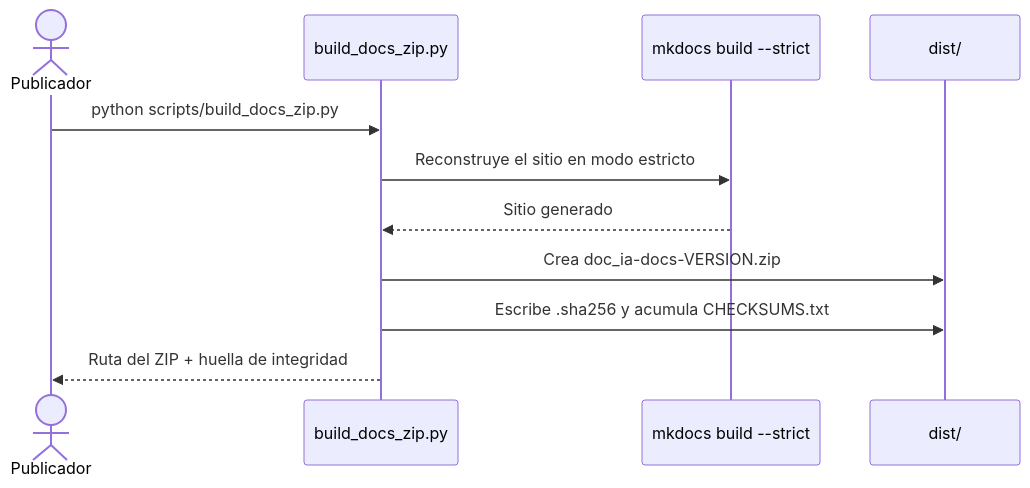
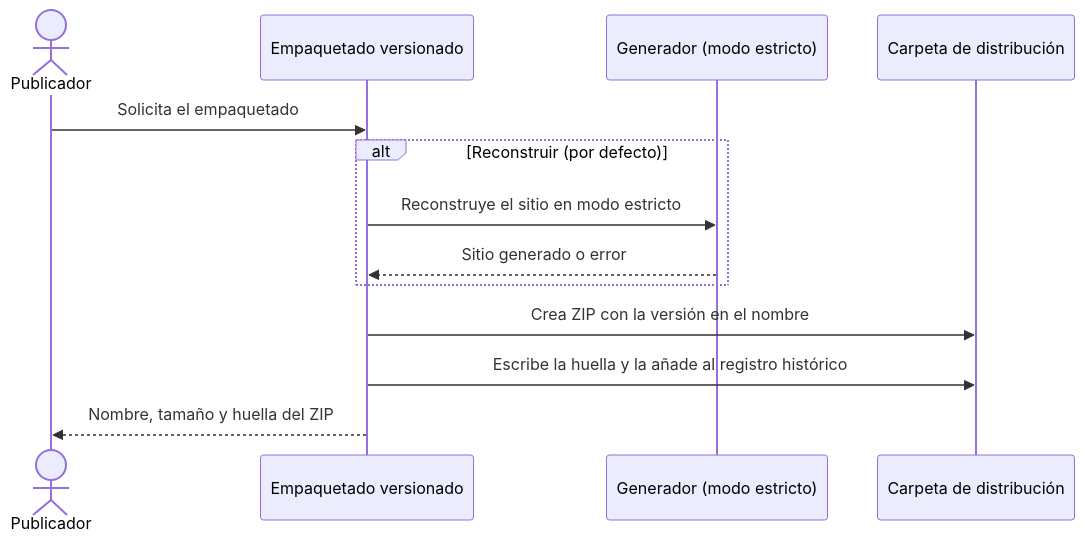
One commit to fmanza/doc_ia changed the second of 2 diagrams in docs/functional/build_docs_zip.md. Above: the diagram before and after it, drawn with Mermaid. The commit also changed other lines of this file and 30 other files, not shown here.

````diff
--- a/docs/functional/build_docs_zip.md
+++ b/docs/functional/build_docs_zip.md
@@ -56,14 +55,16 @@
 ```mermaid
 sequenceDiagram
     actor Pub as Publicador
-    participant Script as build_docs_zip.py
-    participant Gen as mkdocs build --strict
-    participant Dist as dist/
+    participant Emp as Empaquetado versionado
+    participant Gen as Generador (modo estricto)
+    participant Dist as Carpeta de distribución
 
-    Pub->>Script: python scripts/build_docs_zip.py
-    Script->>Gen: Reconstruye el sitio en modo estricto
-    Gen-->>Script: Sitio generado
-    Script->>Dist: Crea doc_ia-docs-VERSION.zip
-    Script->>Dist: Escribe .sha256 y acumula CHECKSUMS.txt
-    Script-->>Pub: Ruta del ZIP + huella de integridad
+    Pub->>Emp: Solicita el empaquetado
+    alt Reconstruir (por defecto)
+        Emp->>Gen: Reconstruye el sitio en modo estricto
+        Gen-->>Emp: Sitio generado o error
+    end
+    Emp->>Dist: Crea ZIP con la versión en el nombre
+    Emp->>Dist: Escribe la huella y la añade al registro histórico
+    Emp-->>Pub: Nombre, tamaño y huella del ZIP
 ```
````
